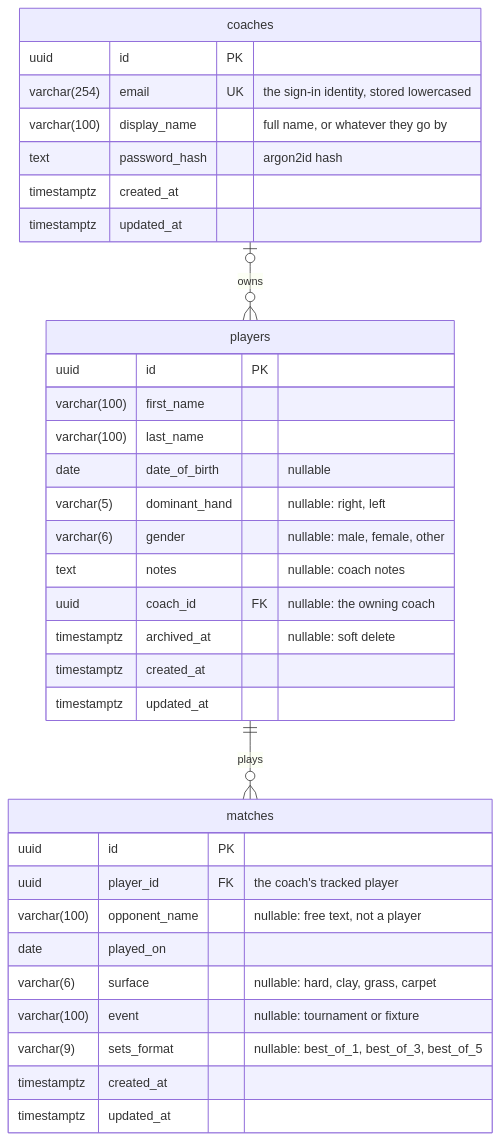
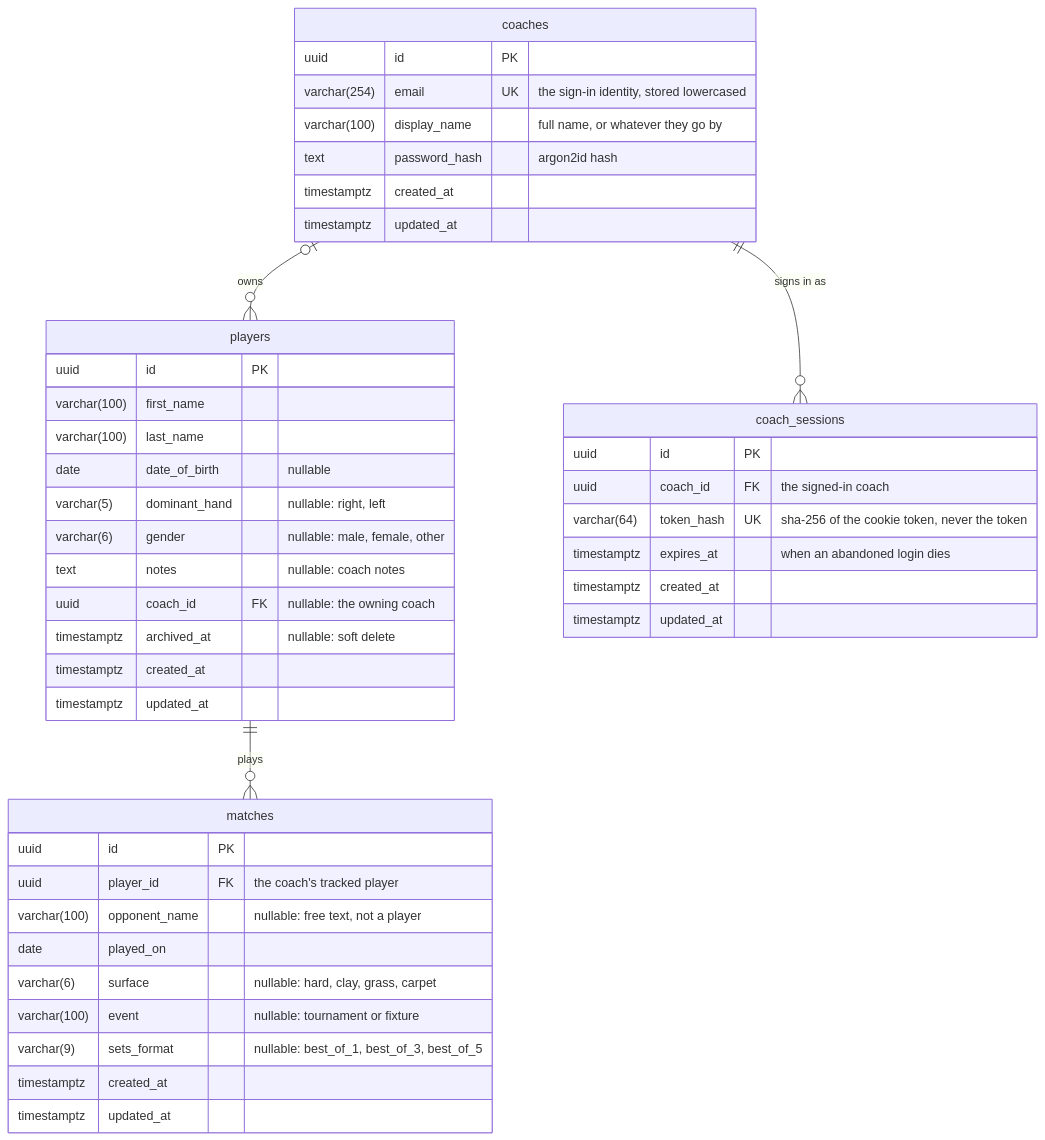
One commit to tkabalin/matchpoint changed the diagram in docs/data-model.md. Above: the diagram before and after it, drawn with Mermaid. The commit also changed 3 other files, not shown here.

First line of the commit message:
feat(api): add the coach sessions table

````diff
--- a/docs/data-model.md
+++ b/docs/data-model.md
@@ -12,40 +12,50 @@
 ```mermaid
 erDiagram
     coaches |o--o{ players : owns
+    coaches ||--o{ coach_sessions : "signs in as"
     players ||--o{ matches : plays
 
     coaches {
         uuid id PK
         varchar(254) email UK "the sign-in identity, stored lowercased"
         varchar(100) display_name "full name, or whatever they go by"
         text password_hash "argon2id hash"
+        timestamptz created_at
+        timestamptz updated_at
+    }
+
+    coach_sessions {
+        uuid id PK
+        uuid coach_id FK "the signed-in coach"
+        varchar(64) token_hash UK "sha-256 of the cookie token, never the token"
+        timestamptz expires_at "when an abandoned login dies"
         timestamptz created_at
         timestamptz updated_at
     }
 
     players {
         uuid id PK
         varchar(100) first_name
         varchar(100) last_name
         date date_of_birth "nullable"
         varchar(5) dominant_hand "nullable: right, left"
         varchar(6) gender "nullable: male, female, other"
         text notes "nullable: coach notes"
         uuid coach_id FK "nullable: the owning coach"
         timestamptz archived_at "nullable: soft delete"
         timestamptz created_at
         timestamptz updated_at
     }
 
     matches {
         uuid id PK
         uuid player_id FK "the coach's tracked player"
         varchar(100) opponent_name "nullable: free text, not a player"
         date played_on
         varchar(6) surface "nullable: hard, clay, grass, carpet"
         varchar(100) event "nullable: tournament or fixture"
         varchar(9) sets_format "nullable: best_of_1, best_of_3, best_of_5"
         timestamptz created_at
         timestamptz updated_at
     }
 ```
````
